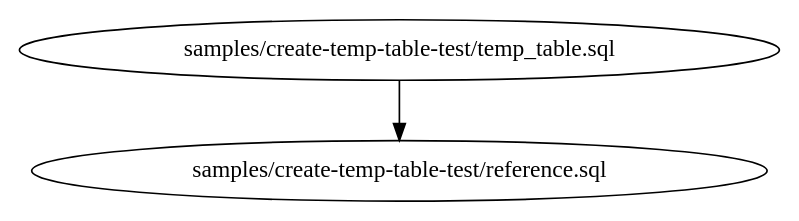
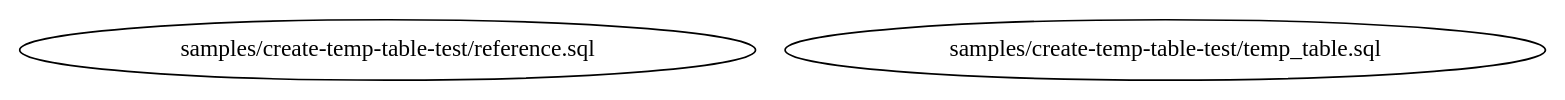
One commit to Matts966/alphasql changed the diagram in samples/create-temp-table-test/dag.dot. Above: the diagram before and after it, drawn with Graphviz. The commit also changed 2 other files, not shown here.

```diff
--- a/samples/create-temp-table-test/dag.dot
+++ b/samples/create-temp-table-test/dag.dot
@@ -1,5 +1,4 @@
 digraph G {
 0[label="samples/create-temp-table-test/reference.sql"];
 1[label="samples/create-temp-table-test/temp_table.sql"];
-1->0 ;
 }
```
